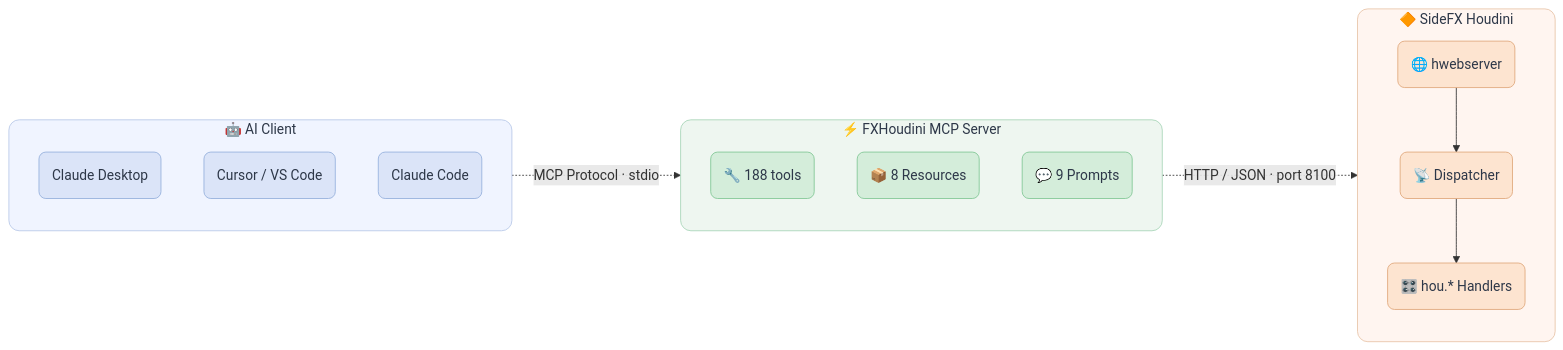
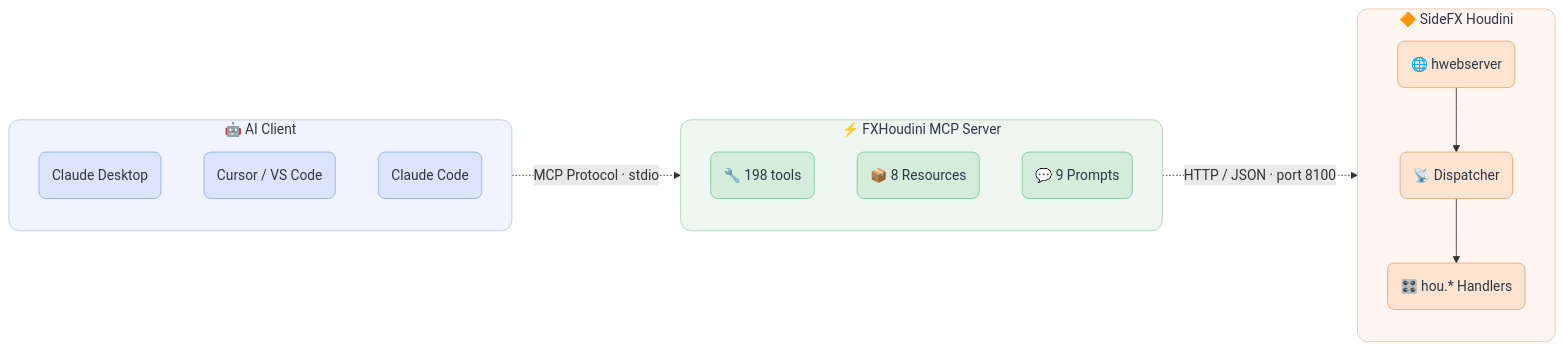
One commit to Ced04826/fxhoudinimcp changed the diagram in README.md. Above: the diagram before and after it, drawn with Mermaid. The commit also changed other lines of this file and 27 other files, not shown here.

````diff
--- a/README.md
+++ b/README.md
@@ -90,42 +91,42 @@
 ```mermaid
 flowchart LR
     subgraph Client[" 🤖 AI Client "]
         direction TB
         A1("Claude Desktop")
         A2("Cursor / VS Code")
         A3("Claude Code")
     end
 
     subgraph MCP[" ⚡ FXHoudini MCP Server "]
         direction TB
-        B1("🔧 188 tools")
+        B1("🔧 198 tools")
         B2("📦 8 Resources")
         B3("💬 9 Prompts")
     end
 
     subgraph Houdini[" 🔶 SideFX Houdini "]
         direction TB
         C1("🌐 hwebserver")
         C2("📡 Dispatcher")
         C3("🎛️ hou.* Handlers")
         C1 --> C2 --> C3
     end
 
     Client -. "MCP Protocol · stdio" .-> MCP
     MCP -. "HTTP / JSON · port 8100" .-> Houdini
 
     classDef clientBox fill:#f0f4ff,stroke:#b8c9e8,stroke-width:1px,color:#2d3748,rx:12,ry:12
     classDef mcpBox fill:#eef6f0,stroke:#a8d5b8,stroke-width:1px,color:#2d3748,rx:12,ry:12
     classDef houdiniBox fill:#fff5f0,stroke:#e8c4a8,stroke-width:1px,color:#2d3748,rx:12,ry:12
 
     classDef clientNode fill:#dbe4f8,stroke:#96b0dc,stroke-width:1px,color:#2d3748,rx:8,ry:8
     classDef mcpNode fill:#d4edda,stroke:#82c896,stroke-width:1px,color:#2d3748,rx:8,ry:8
     classDef houdiniNode fill:#fde4d0,stroke:#e0a87c,stroke-width:1px,color:#2d3748,rx:8,ry:8
 
     class Client clientBox
     class MCP mcpBox
     class Houdini houdiniBox
     class A1,A2,A3 clientNode
     class B1,B2,B3 mcpNode
     class C1,C2,C3 houdiniNode
 ```
````
